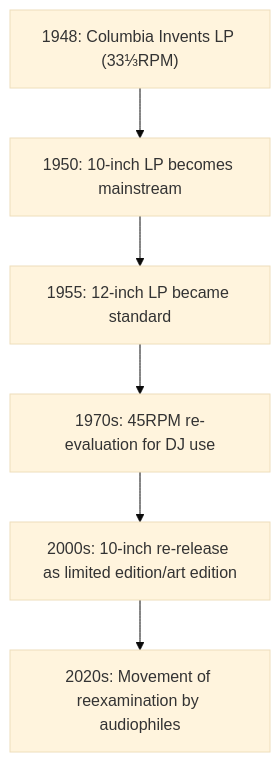
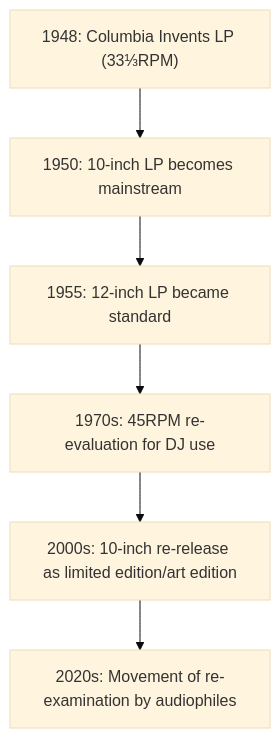
One commit to monumental-movement/monumental-movement.github.io changed the first of 3 diagrams in en/_posts/2025-10-11-Colum-10-Inch-Vinyl-Tech.md. Above: the diagram before and after it, drawn with Mermaid (base theme). The commit also changed 380 other files, not shown here.

```diff
--- a/en/_posts/2025-10-11-Colum-10-Inch-Vinyl-Tech.md
+++ b/en/_posts/2025-10-11-Colum-10-Inch-Vinyl-Tech.md
@@ -175,14 +175,14 @@
 <div class="mermaid">
 
 flowchart TD
     A1948["1948: Columbia Invents LP (33⅓RPM)"]
     A1950["1950: 10-inch LP becomes mainstream"]
     A1955["1955: 12-inch LP became standard"]
     A1970["1970s: 45RPM re-evaluation for DJ use"]
     A2000["2000s: 10-inch re-release as limited edition/art edition"]
-    A2020["2020s: Movement of reexamination by audiophiles"]
+    A2020["2020s: Movement of re-examination by audiophiles"]
 
     A1948 --> A1950 --> A1955 --> A1970 --> A2000 --> A2020
 
 
 </div>
```
